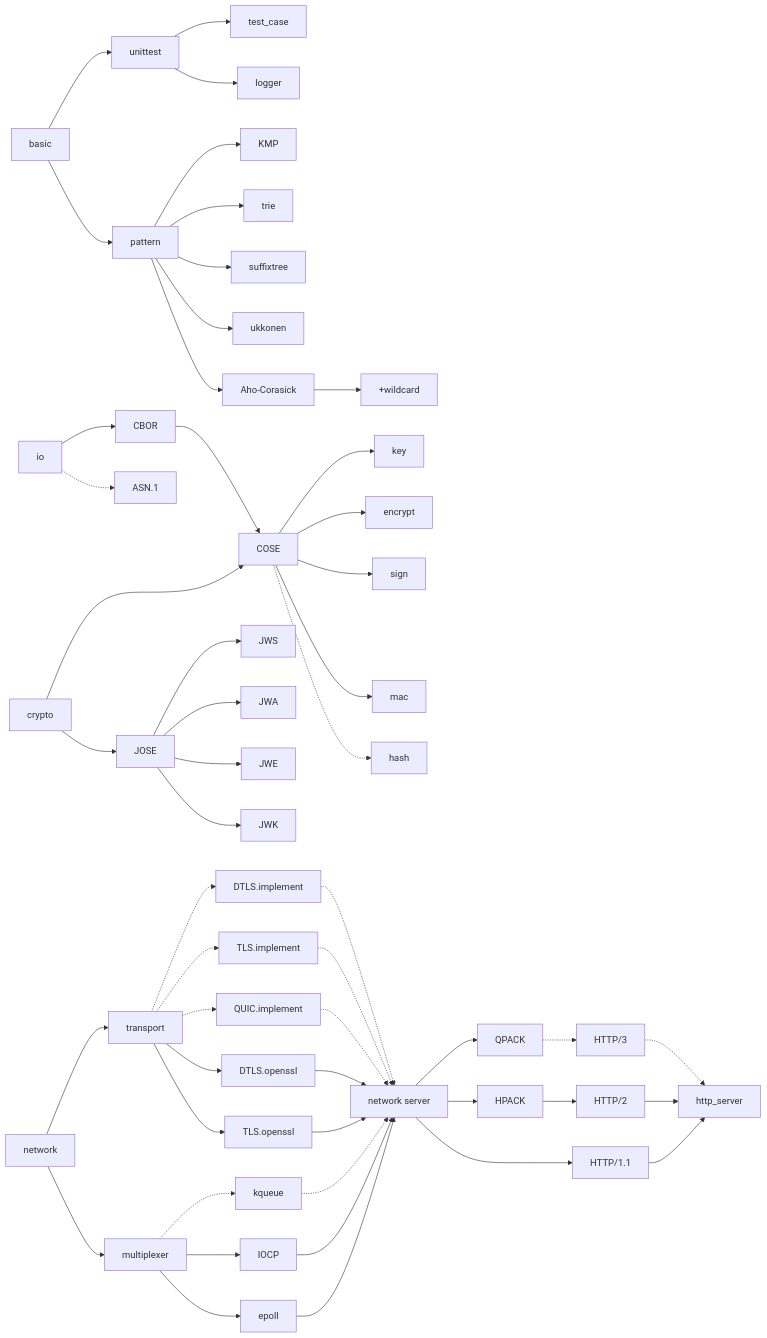
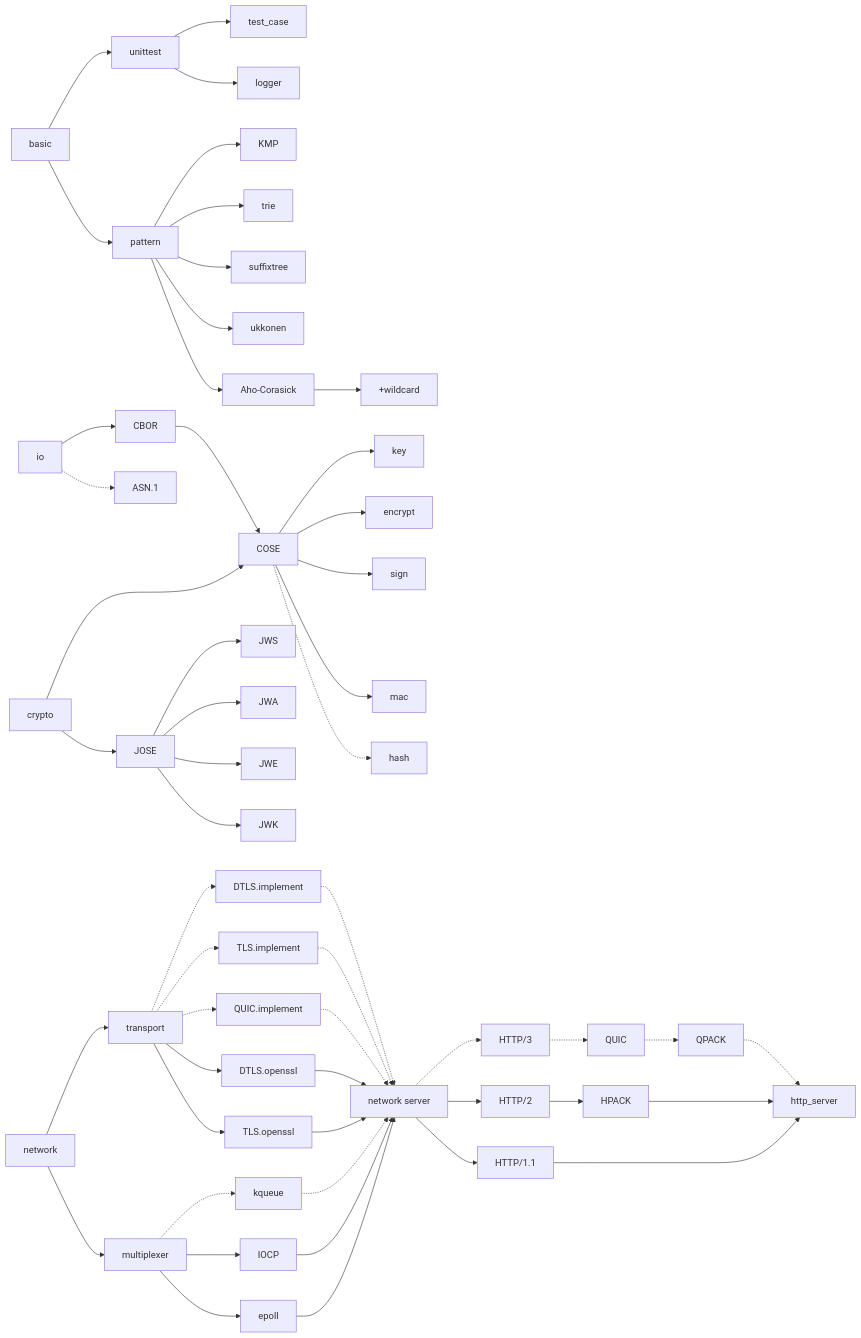
The diagram in DEVNOTES.md (princeb612/hotplace), drawn with Mermaid before and after one commit. The commit also changed other lines of this file and 57 other files, not shown here.

````diff
--- a/DEVNOTES.md
+++ b/DEVNOTES.md
@@ -159,19 +159,21 @@
 
   DC[network server];
   DC1[HTTP/1.1];
-  DC2[HPACK];
-  DC3[HTTP/2];
-  DC4[QPACK];
-  DC5[HTTP/3];
+  DC2[HTTP/2];
+  DC3[HPACK];
+  DC4[HTTP/3];
+  DC5[QUIC];
+  DC6[QPACK];
 
   DC --> DC1;
   DC --> DC2;
   DC2 --> DC3;
-  DC --> DC4;
+  DC -.-> DC4;
   DC4 -.-> DC5;
+  DC5 -.-> DC6;
 
   DD[http_server];
-  DC1 --> DD;
-  DC3 --> DD;
-  DC5 -.-> DD;
+  DC1 ----> DD;
+  DC3 ---> DD;
+  DC6 -.-> DD;
 ```
````
